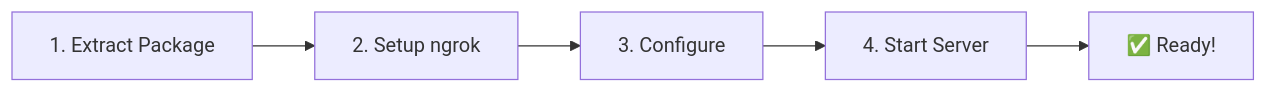
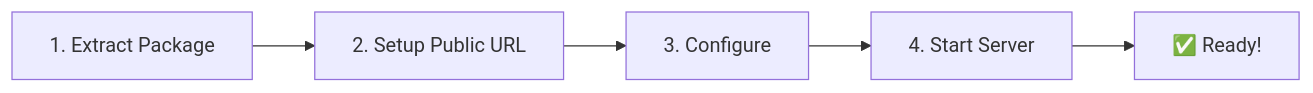
The diagram in docs/installation-deployment-guide.md (rashmeet-3/esign-docs), drawn with Mermaid before and after one commit. The commit also changed other lines of this file and 3 other files, not shown here.

````diff
--- a/docs/installation-deployment-guide.md
+++ b/docs/installation-deployment-guide.md
@@ -9,7 +9,7 @@
 ```mermaid
 flowchart LR
-    A[1. Extract Package] --> B[2. Setup ngrok]
+    A[1. Extract Package] --> B[2. Setup Public URL]
     B --> C[3. Configure]
     C --> D[4. Start Server]
     D --> E[✅ Ready!]
 ```
````
